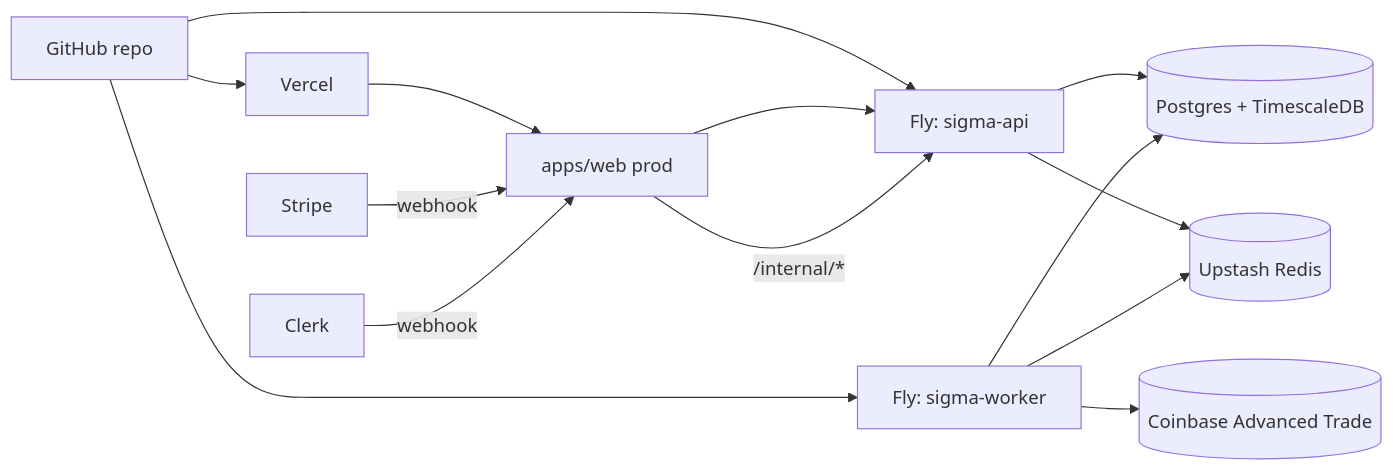
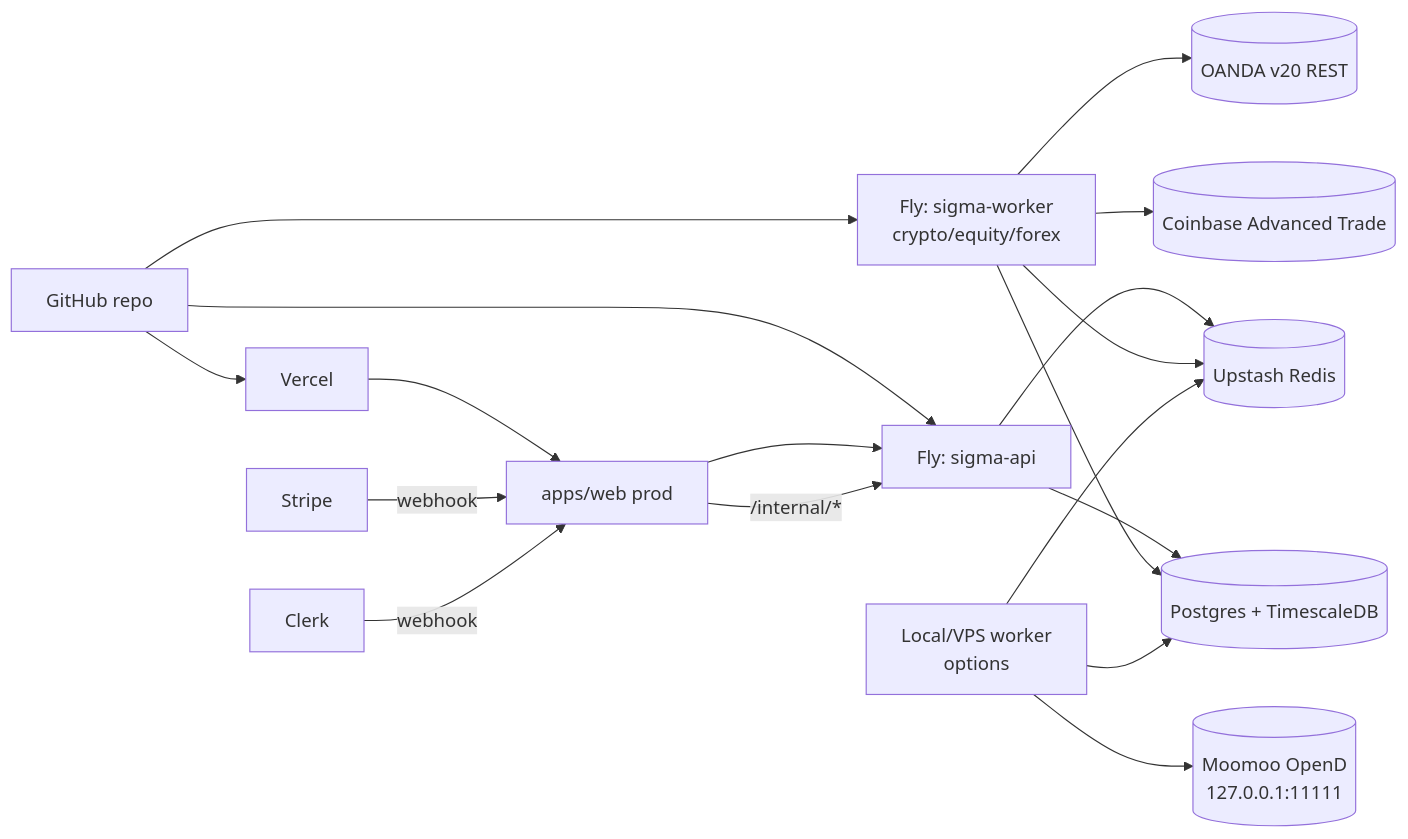
One commit to Quantum-Global-Group/sigma changed the diagram in DEPLOY.md. Above: the diagram before and after it, drawn with Mermaid. The commit also changed other lines of this file and 9 other files, not shown here.

````diff
--- a/DEPLOY.md
+++ b/DEPLOY.md
@@ -5,16 +7,20 @@
 ```mermaid
 flowchart LR
   GH[GitHub repo] --> Vercel
   GH --> FlyApi[Fly: sigma-api]
-  GH --> FlyWorker[Fly: sigma-worker]
+  GH --> FlyWorker[Fly: sigma-worker<br/>crypto/equity/forex]
   Vercel --> WebProd[apps/web prod]
   FlyApi --> Postgres[(Postgres + TimescaleDB)]
   FlyApi --> Redis[(Upstash Redis)]
   FlyWorker --> Postgres
   FlyWorker --> Redis
   FlyWorker --> Coinbase[(Coinbase Advanced Trade)]
+  FlyWorker --> OANDA[(OANDA v20 REST)]
+  OptWorker[Local/VPS worker<br/>options] --> Postgres
+  OptWorker --> Redis
+  OptWorker --> OpenD[(Moomoo OpenD<br/>127.0.0.1:11111)]
   WebProd --> FlyApi
   Stripe -->|webhook| WebProd
   Clerk -->|webhook| WebProd
   WebProd -->|"/internal/*"| FlyApi
 ```
````
